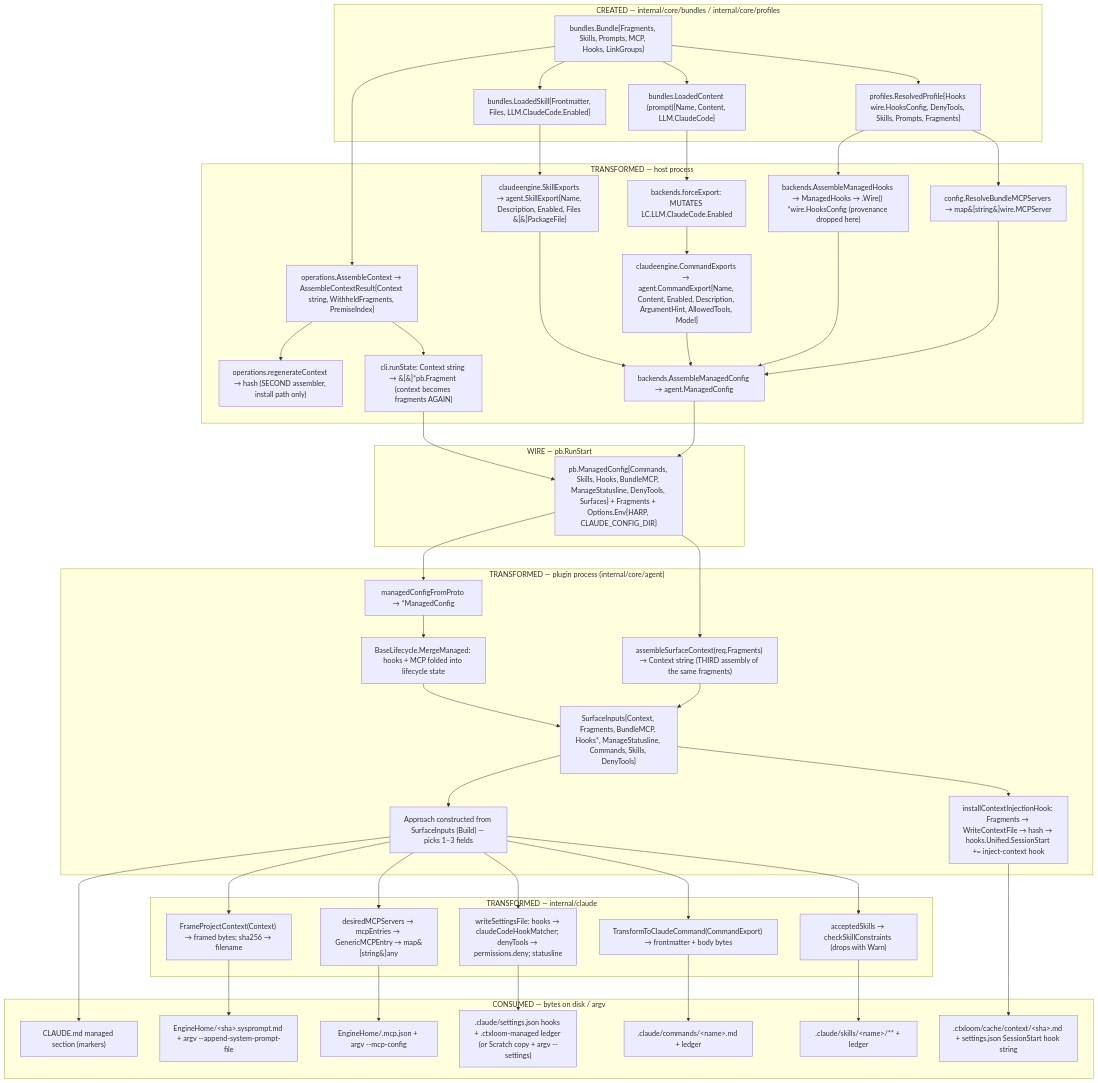
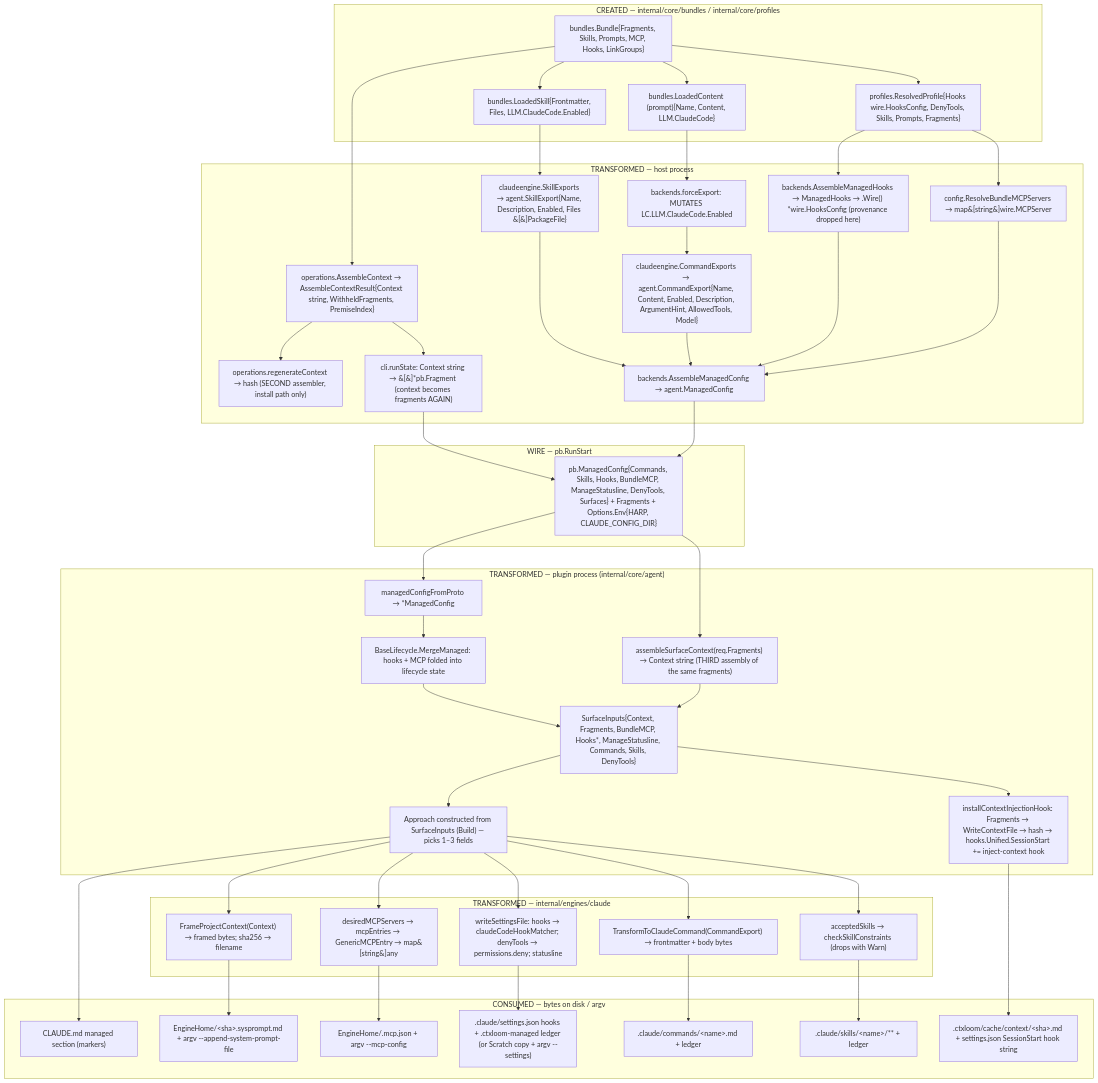
One commit to ctxloom/ctxloom changed the tenth of 10 diagrams in docs/architecture/audit-2026-09-18/03-delivery-surfaces.md. Above: the diagram before and after it, drawn with Mermaid. The commit also changed other lines of this file and 211 other files, not shown here.

First line of the commit message:
refactor(arch): move the engines ring into internal/engines

````diff
--- a/docs/architecture/audit-2026-09-18/03-delivery-surfaces.md
+++ b/docs/architecture/audit-2026-09-18/03-delivery-surfaces.md
@@ -662,66 +662,66 @@
 ```mermaid
 flowchart TB
   subgraph create["CREATED — internal/core/bundles / internal/core/profiles"]
     B["bundles.Bundle{Fragments, Skills, Prompts, MCP, Hooks, LinkGroups}"]
     LS["bundles.LoadedSkill{Frontmatter, Files, LLM.ClaudeCode.Enabled}"]
     LC["bundles.LoadedContent (prompt){Name, Content, LLM.ClaudeCode}"]
     RP["profiles.ResolvedProfile{Hooks wire.HooksConfig, DenyTools, Skills, Prompts, Fragments}"]
   end
   subgraph host["TRANSFORMED — host process"]
     AC["operations.AssembleContext → AssembleContextResult{Context string, WithheldFragments, PremiseIndex}"]
     RGC["operations.regenerateContext → hash (SECOND assembler, install path only)"]
     AMC["backends.AssembleManagedConfig → agent.ManagedConfig"]
     FE["backends.forceExport: MUTATES LC.LLM.ClaudeCode.Enabled"]
     CX["claudeengine.CommandExports → agent.CommandExport{Name, Content, Enabled, Description, ArgumentHint, AllowedTools, Model}"]
     SX["claudeengine.SkillExports → agent.SkillExport{Name, Description, Enabled, Files &#91;&#93;PackageFile}"]
     AMH["backends.AssembleManagedHooks → ManagedHooks → .Wire() *wire.HooksConfig (provenance dropped here)"]
     RBM["config.ResolveBundleMCPServers → map&#91;string&#93;wire.MCPServer"]
     PF["cli.runState: Context string → &#91;&#93;*pb.Fragment (context becomes fragments AGAIN)"]
   end
   subgraph wire["WIRE — pb.RunStart"]
     W["pb.ManagedConfig{Commands, Skills, Hooks, BundleMCP, ManageStatusline, DenyTools, Surfaces} + Fragments + Options.Env{HARP, CLAUDE_CONFIG_DIR}"]
   end
   subgraph plugin["TRANSFORMED — plugin process (internal/core/agent)"]
     MFP["managedConfigFromProto → *ManagedConfig"]
     MM["BaseLifecycle.MergeManaged: hooks + MCP folded into lifecycle state"]
     ASC["assembleSurfaceContext(req.Fragments) → Context string (THIRD assembly of the same fragments)"]
     SI["SurfaceInputs{Context, Fragments, BundleMCP, Hooks*, ManageStatusline, Commands, Skills, DenyTools}"]
     ICIH["installContextInjectionHook: Fragments → WriteContextFile → hash → hooks.Unified.SessionStart += inject-context hook"]
     APP["Approach constructed from SurfaceInputs (Build) — picks 1–3 fields"]
   end
-  subgraph engine["TRANSFORMED — internal/claude"]
+  subgraph engine["TRANSFORMED — internal/engines/claude"]
     TCC["TransformToClaudeCommand(CommandExport) → frontmatter + body bytes"]
     ASK["acceptedSkills → checkSkillConstraints (drops with Warn)"]
     DSET["writeSettingsFile: hooks → claudeCodeHookMatcher; denyTools → permissions.deny; statusline"]
     DMCP["desiredMCPServers → mcpEntries → GenericMCPEntry → map&#91;string&#93;any"]
     FRAME["FrameProjectContext(Context) → framed bytes; sha256 → filename"]
   end
   subgraph consume["CONSUMED — bytes on disk / argv"]
     D1["CLAUDE.md managed section (markers)"]
     D2["EngineHome/&lt;sha&gt;.sysprompt.md + argv --append-system-prompt-file"]
     D3["EngineHome/.mcp.json + argv --mcp-config"]
     D4[".claude/settings.json hooks + .ctxloom-managed ledger (or Scratch copy + argv --settings)"]
     D5[".claude/commands/&lt;name&gt;.md + ledger"]
     D6[".claude/skills/&lt;name&gt;/** + ledger"]
     D7[".ctxloom/cache/context/&lt;sha&gt;.md + settings.json SessionStart hook string"]
   end
 
   B --> LS --> SX --> AMC
   B --> LC --> FE --> CX --> AMC
   B --> RP --> AMH --> AMC
   RP --> RBM --> AMC
   B --> AC --> PF --> W
   AC --> RGC
   AMC --> W
   W --> MFP --> MM --> SI
   W --> ASC --> SI
   SI --> APP
   SI --> ICIH
   APP --> TCC --> D5
   APP --> ASK --> D6
   APP --> DSET --> D4
   APP --> DMCP --> D3
   APP --> FRAME --> D2
   APP --> D1
   ICIH --> D7
 ```
````
